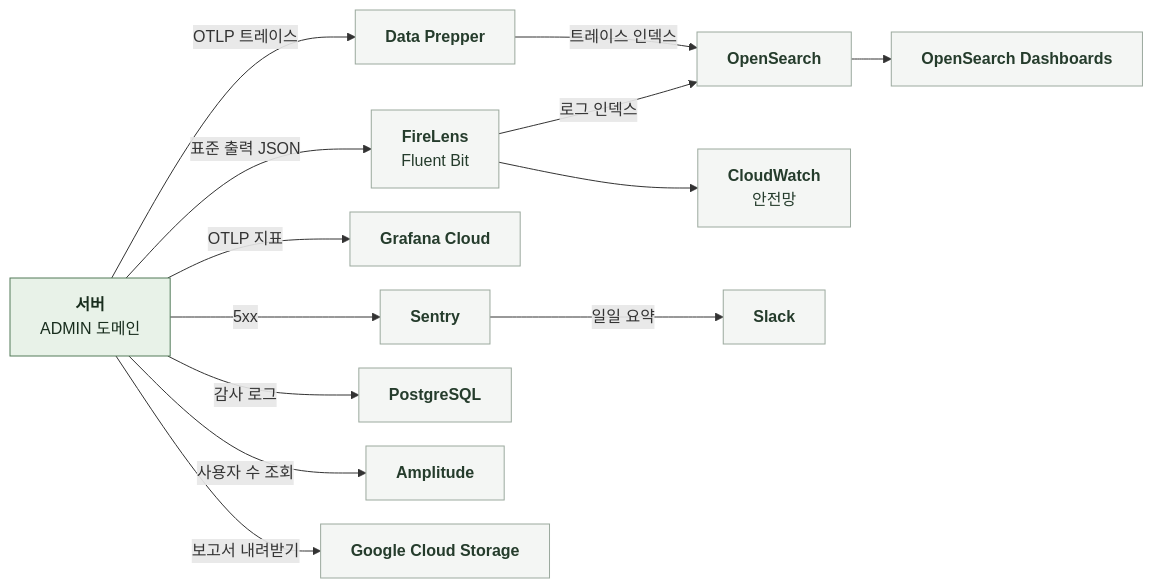
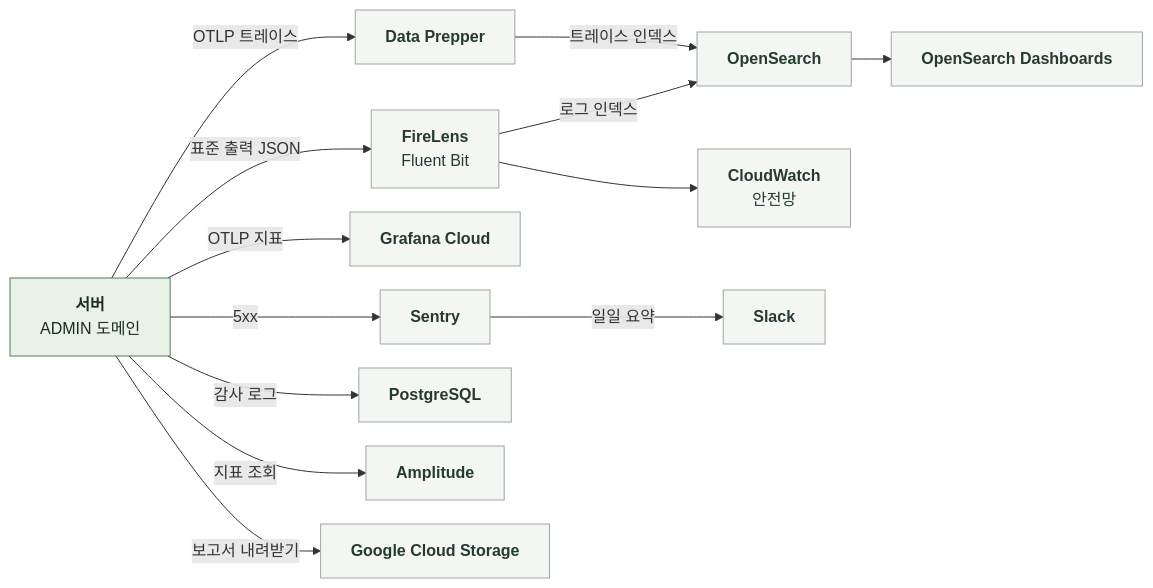
One commit to KIM-N-KANG/knk-harness changed the diagram in docs/domain/ADMIN/BACKEND/5-4-OBSERVABILITY.md. Above: the diagram before and after it, drawn with Mermaid. The commit also changed other lines of this file and 11 other files, not shown here.

````diff
--- a/docs/domain/ADMIN/BACKEND/5-4-OBSERVABILITY.md
+++ b/docs/domain/ADMIN/BACKEND/5-4-OBSERVABILITY.md
@@ -11,24 +11,24 @@
 ```mermaid
 %%{init: {"flowchart": {"curve": "basis", "nodeSpacing": 24, "rankSpacing": 40}}}%%
 flowchart LR
     S["`**서버**
 ADMIN 도메인`"]
     S -->|표준 출력 JSON| F["`**FireLens**
 Fluent Bit`"]
     F -->|로그 인덱스| OS["`**OpenSearch**`"]
     F --> CW["`**CloudWatch**
 안전망`"]
     S -->|OTLP 트레이스| DP["`**Data Prepper**`"]
     DP -->|트레이스 인덱스| OS
     OS --> OD["`**OpenSearch Dashboards**`"]
     S -->|OTLP 지표| G["`**Grafana Cloud**`"]
     S -->|5xx| SE["`**Sentry**`"]
     SE -->|일일 요약| SL["`**Slack**`"]
     S -->|감사 로그| DB["`**PostgreSQL**`"]
-    S -->|사용자 수 조회| AM["`**Amplitude**`"]
+    S -->|지표 조회| AM["`**Amplitude**`"]
     S -->|보고서 내려받기| GCS["`**Google Cloud Storage**`"]
     classDef comp fill:#E8F2E8,stroke:#527A59,color:#182D1D
     classDef ext fill:#F4F6F4,stroke:#9BA99E,color:#253C2C
     class S comp
     class F,OS,CW,DP,OD,G,SE,SL,DB,AM,GCS ext
 ```
````
